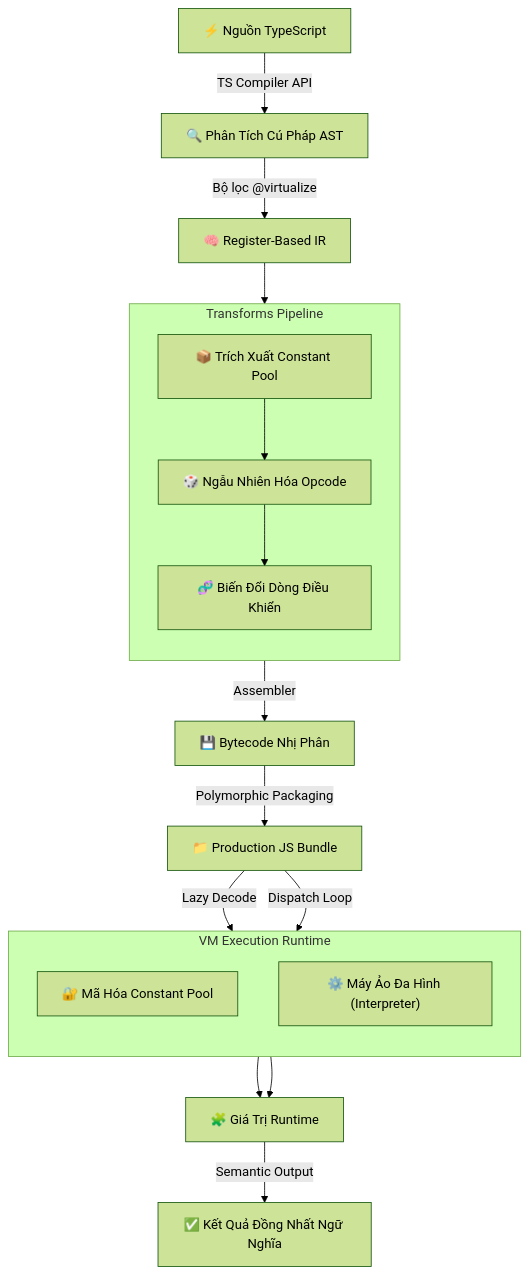
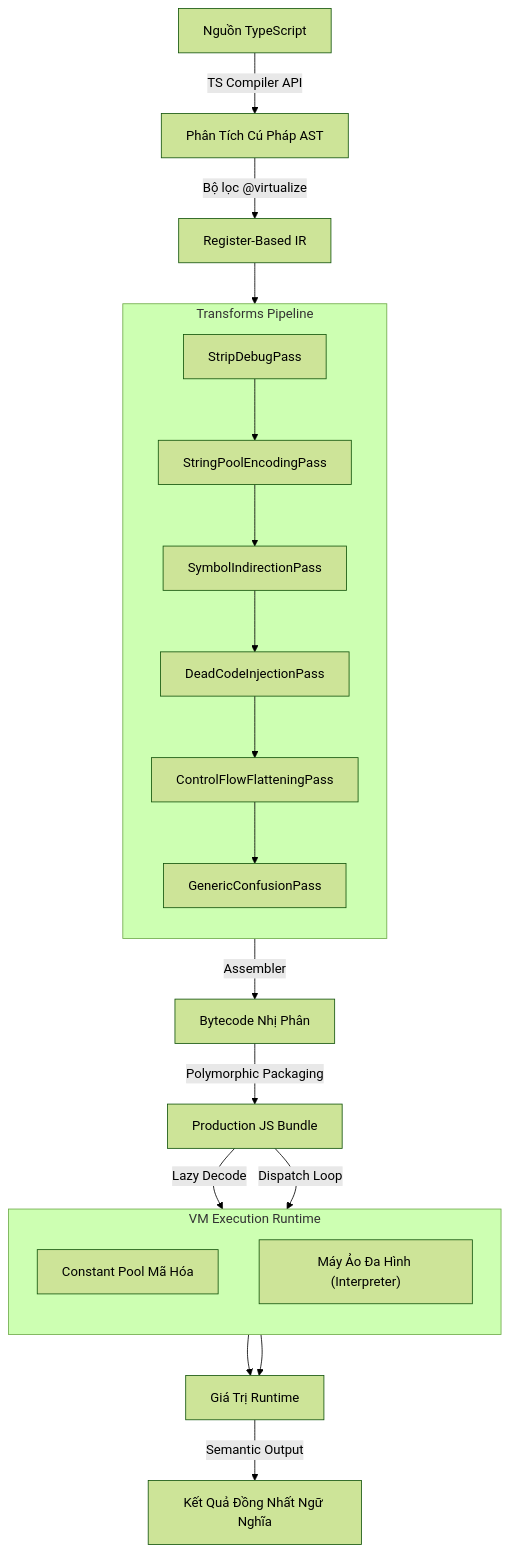
Before and after one commit to Tr0ngX/ts-vm-obfuscator: the diagram in README_VN.md, drawn with Mermaid (forest theme). The commit also changed other lines of this file and 1 other file, not shown here.

````diff
--- a/README_VN.md
+++ b/README_VN.md
@@ -37,34 +80,39 @@
 ```mermaid
 graph TD
-
-    A["⚡ Nguồn TypeScript"] -->|"TS Compiler API"| B["🔍 Phân Tích Cú Pháp AST"]
-    B -->|"Bộ lọc @virtualize"| C["🧠 Register-Based IR"]
+    A["Nguồn TypeScript"] -->|"TS Compiler API"| B["Phân Tích Cú Pháp AST"]
+    B -->|"Bộ lọc @virtualize"| C["Register-Based IR"]
 
     subgraph T["Transforms Pipeline"]
         direction TB
-        T1["📦 Trích Xuất Constant Pool"]
-        T2["🎲 Ngẫu Nhiên Hóa Opcode"]
-        T3["🧬 Biến Đổi Dòng Điều Khiển"]
+        T1["StripDebugPass"]
+        T2["StringPoolEncodingPass"]
+        T3["SymbolIndirectionPass"]
+        T4["DeadCodeInjectionPass"]
+        T5["ControlFlowFlatteningPass"]
+        T6["GenericConfusionPass"]
     end
     
     C --> T1
     T1 --> T2
     T2 --> T3
+    T3 --> T4
+    T4 --> T5
+    T5 --> T6
 
-    T3 -->|"Assembler"| G["💾 Bytecode Nhị Phân"]
-    G -->|"Polymorphic Packaging"| H["📁 Production JS Bundle"]
+    T6 -->|"Assembler"| G["Bytecode Nhị Phân"]
+    G -->|"Polymorphic Packaging"| H["Production JS Bundle"]
 
     subgraph R["VM Execution Runtime"]
         direction TB
-        R1["🔐 Mã Hóa Constant Pool"]
-        R2["⚙️ Máy Ảo Đa Hình (Interpreter)"]
+        R1["Constant Pool Mã Hóa"]
+        R2["Máy Ảo Đa Hình (Interpreter)"]
     end
     
     H -->|"Lazy Decode"| R1
     H -->|"Dispatch Loop"| R2
     
-    R1 --> K["🧩 Giá Trị Runtime"]
+    R1 --> K["Giá Trị Runtime"]
     R2 --> K
 
-    K -->|"Semantic Output"| L["✅ Kết Quả Đồng Nhất Ngữ Nghĩa"]
+    K -->|"Semantic Output"| L["Kết Quả Đồng Nhất Ngữ Nghĩa"]
 ```
````
